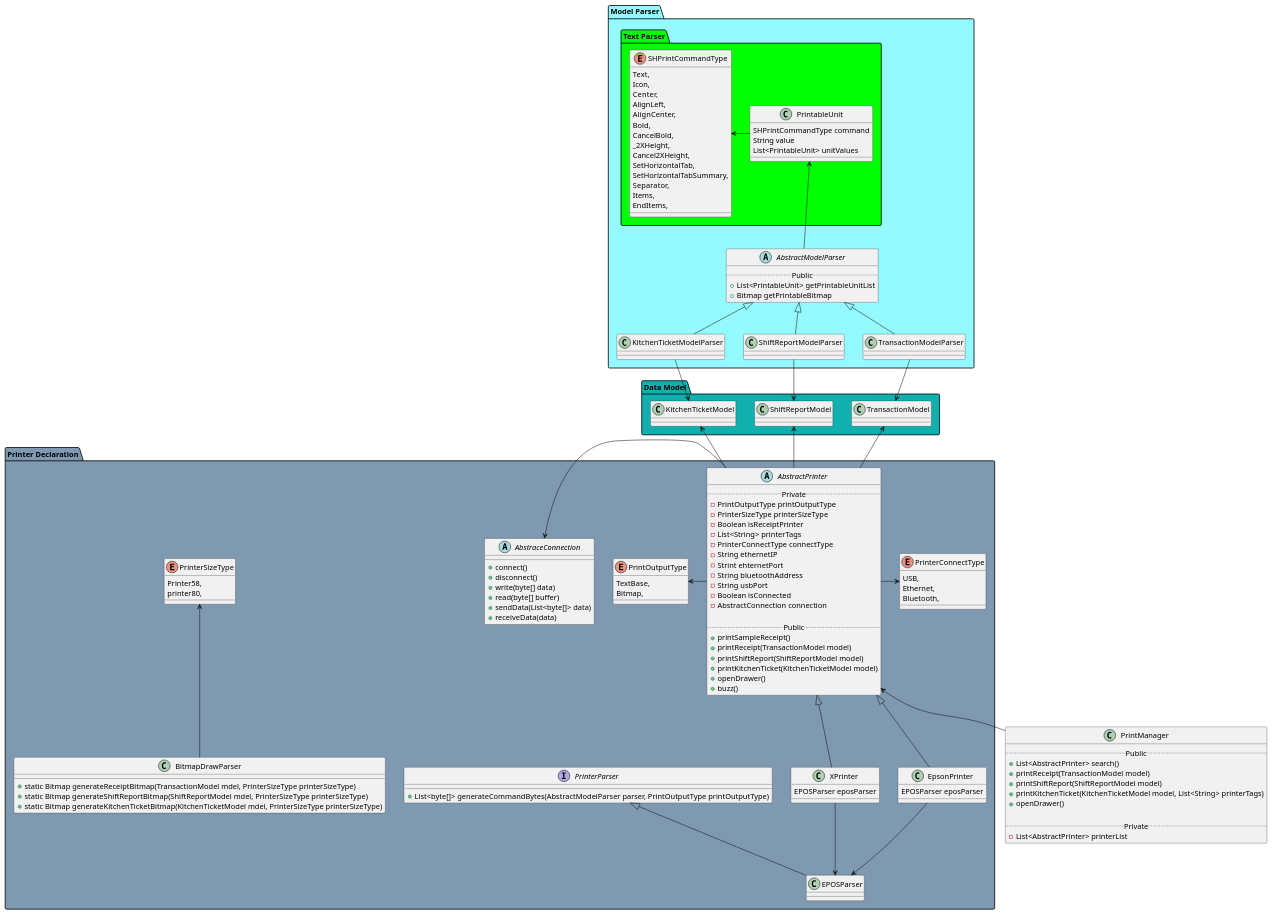
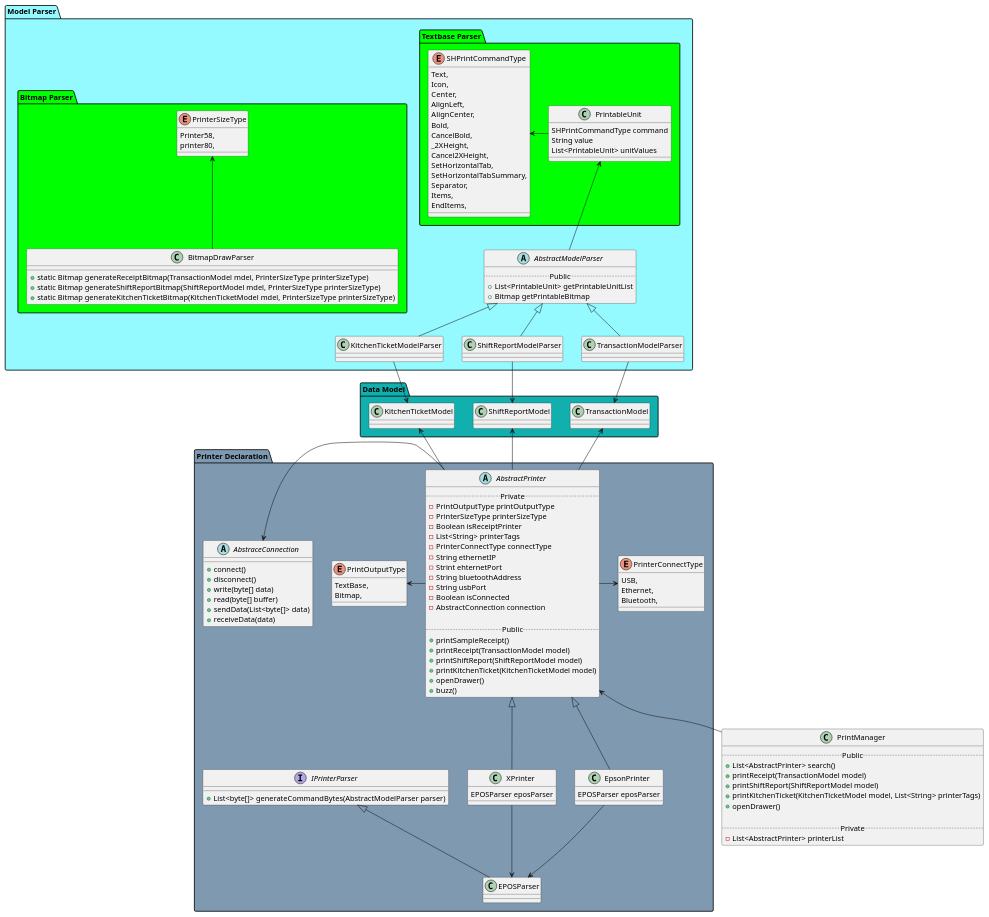
The diagram in src/example/printer.wsd (sumyfly/myUml), drawn with PlantUML before and after one commit.

Commit message:
update printer uml

```diff
--- a/src/example/printer.wsd
+++ b/src/example/printer.wsd
@@ -1,174 +1,177 @@
 @startuml printer
 
 package "Data Model" #11AFAE {
   class TransactionModel {
   }
 
   class ShiftReportModel {
   }
 
   class KitchenTicketModel {
   }
 
 }
 
 package "Model Parser" #94FAFF {
-  package "Text Parser" #00FF00 {
+  package "Textbase Parser" #00FF00 {
 
     enum SHPrintCommandType {
       Text,
       Icon,
       Center,
       AlignLeft,
       AlignCenter,
       Bold,
       CancelBold,
       _2XHeight,
       Cancel2XHeight,
       SetHorizontalTab,
       SetHorizontalTabSummary,
       Separator,
       Items,
       EndItems,
     }
 
     class PrintableUnit {
       SHPrintCommandType command
       String value
       List<PrintableUnit> unitValues
     }
+  }
+
+  package "Bitmap Parser" #00FF00 {
+    enum PrinterSizeType {
+      Printer58,
+      printer80,
+    }
+
+    ' temp class, will move logic into specific model parser.
+    class BitmapDrawParser {
+      + static Bitmap generateReceiptBitmap(TransactionModel mdel, PrinterSizeType printerSizeType)
+      + static Bitmap generateShiftReportBitmap(ShiftReportModel mdel, PrinterSizeType printerSizeType)
+      + static Bitmap generateKitchenTicketBitmap(KitchenTicketModel mdel, PrinterSizeType printerSizeType)
+    }
+
+    PrinterSizeType <-- BitmapDrawParser
   }
 
   abstract class AbstractModelParser{
     .. Public ..
     + List<PrintableUnit> getPrintableUnitList
     + Bitmap getPrintableBitmap
   }
 
   SHPrintCommandType <- PrintableUnit
 
   class TransactionModelParser {
   }
 
   class ShiftReportModelParser {
   }
 
   class KitchenTicketModelParser {
   }
 
   PrintableUnit <-- AbstractModelParser
 
   AbstractModelParser <|-- TransactionModelParser
   TransactionModelParser --> TransactionModel
 
   AbstractModelParser <|-- ShiftReportModelParser
   ShiftReportModelParser --> ShiftReportModel
 
   AbstractModelParser <|-- KitchenTicketModelParser
   KitchenTicketModelParser --> KitchenTicketModel
 }
 
 package "Printer Declaration" #7F99B1 {
   enum PrinterConnectType{
     USB,
     Ethernet,
     Bluetooth,
   }
 
   enum PrintOutputType {
     TextBase,
     Bitmap,
   }
 
   abstract class AbstraceConnection {
     + connect()
     + disconnect()
     + write(byte[] data)
     + read(byte[] buffer)
     + sendData(List<byte[]> data)
     + receiveData(data)
   }
 
   abstract class AbstractPrinter{
     .. Private ..
     - PrintOutputType printOutputType
     - PrinterSizeType printerSizeType
     - Boolean isReceiptPrinter
     - List<String> printerTags
     - PrinterConnectType connectType
     - String ethernetIP
     - Strint ehternetPort
     - String bluetoothAddress
     - String usbPort
     - Boolean isConnected
     - AbstractConnection connection
 
     .. Public ..
     + printSampleReceipt()
     + printReceipt(TransactionModel model)
     + printShiftReport(ShiftReportModel model)
     + printKitchenTicket(KitchenTicketModel model)
     + openDrawer()
     + buzz()
   }
 
   PrintOutputType <- AbstractPrinter
   AbstraceConnection <- AbstractPrinter
   AbstractPrinter -> PrinterConnectType
 
   TransactionModel <-- AbstractPrinter
   ShiftReportModel <-- AbstractPrinter
   KitchenTicketModel <-- AbstractPrinter
 
-  interface PrinterParser {
-    + List<byte[]> generateCommandBytes(AbstractModelParser parser, PrintOutputType printOutputType)
+  interface IPrinterParser {
+    + List<byte[]> generateCommandBytes(AbstractModelParser parser)
   }
 
   class EPOSParser {
   }
 
   class XPrinter {
     EPOSParser eposParser
   }
 
   class EpsonPrinter {
     EPOSParser eposParser
   }
 
   AbstractPrinter <|-- XPrinter
   XPrinter --> EPOSParser
 
   AbstractPrinter <|-- EpsonPrinter
   EpsonPrinter --> EPOSParser
 
-  enum PrinterSizeType {
-    Printer58,
-    printer80,
-  }
-
-  class BitmapDrawParser {
-    + static Bitmap generateReceiptBitmap(TransactionModel mdel, PrinterSizeType printerSizeType)
-    + static Bitmap generateShiftReportBitmap(ShiftReportModel mdel, PrinterSizeType printerSizeType)
-    + static Bitmap generateKitchenTicketBitmap(KitchenTicketModel mdel, PrinterSizeType printerSizeType)
-  }
-
-  PrinterSizeType <-- BitmapDrawParser
-
-  PrinterParser  <|-- EPOSParser
+  IPrinterParser  <|-- EPOSParser
 }
 
 class PrintManager {
   .. Public ..
   + List<AbstractPrinter> search()
   + printReceipt(TransactionModel model)
   + printShiftReport(ShiftReportModel model)
   + printKitchenTicket(KitchenTicketModel model, List<String> printerTags)
   + openDrawer()
 
   .. Private ..
   - List<AbstractPrinter> printerList
 }
 
 AbstractPrinter <-- PrintManager
 
 @enduml
```
